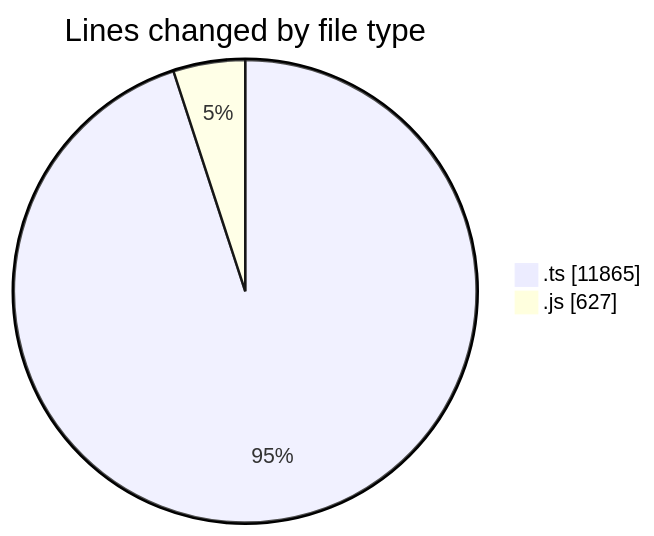
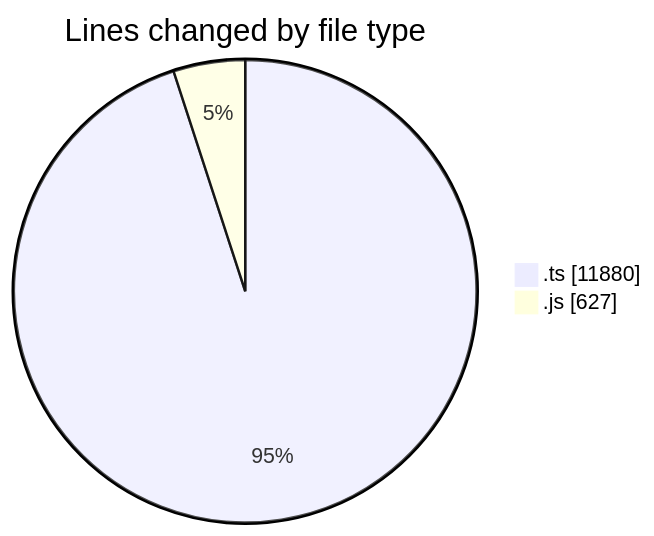
The first of 2 diagrams in 2025-09-05/cda/README.md (momahboobian/code-tracking), drawn with Mermaid before and after one commit. The commit also changed other lines of this file and 1 other file, not shown here.

````diff
--- a/2025-09-05/cda/README.md
+++ b/2025-09-05/cda/README.md
@@ -23,6 +23,6 @@
 ```mermaid
 pie showData
 title Lines changed by file type
-".ts" : 11865
+".ts" : 11880
 ".js" : 627
 ```
````
